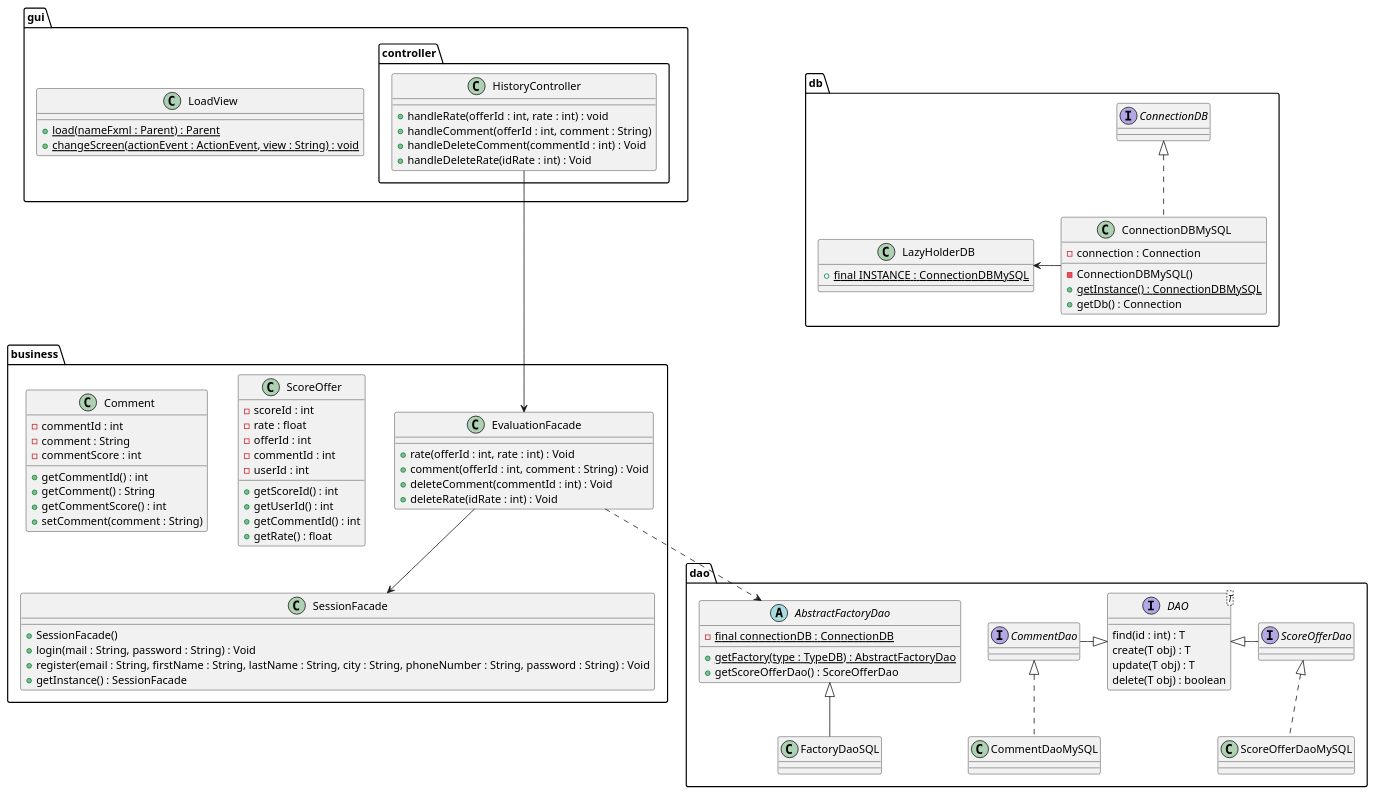
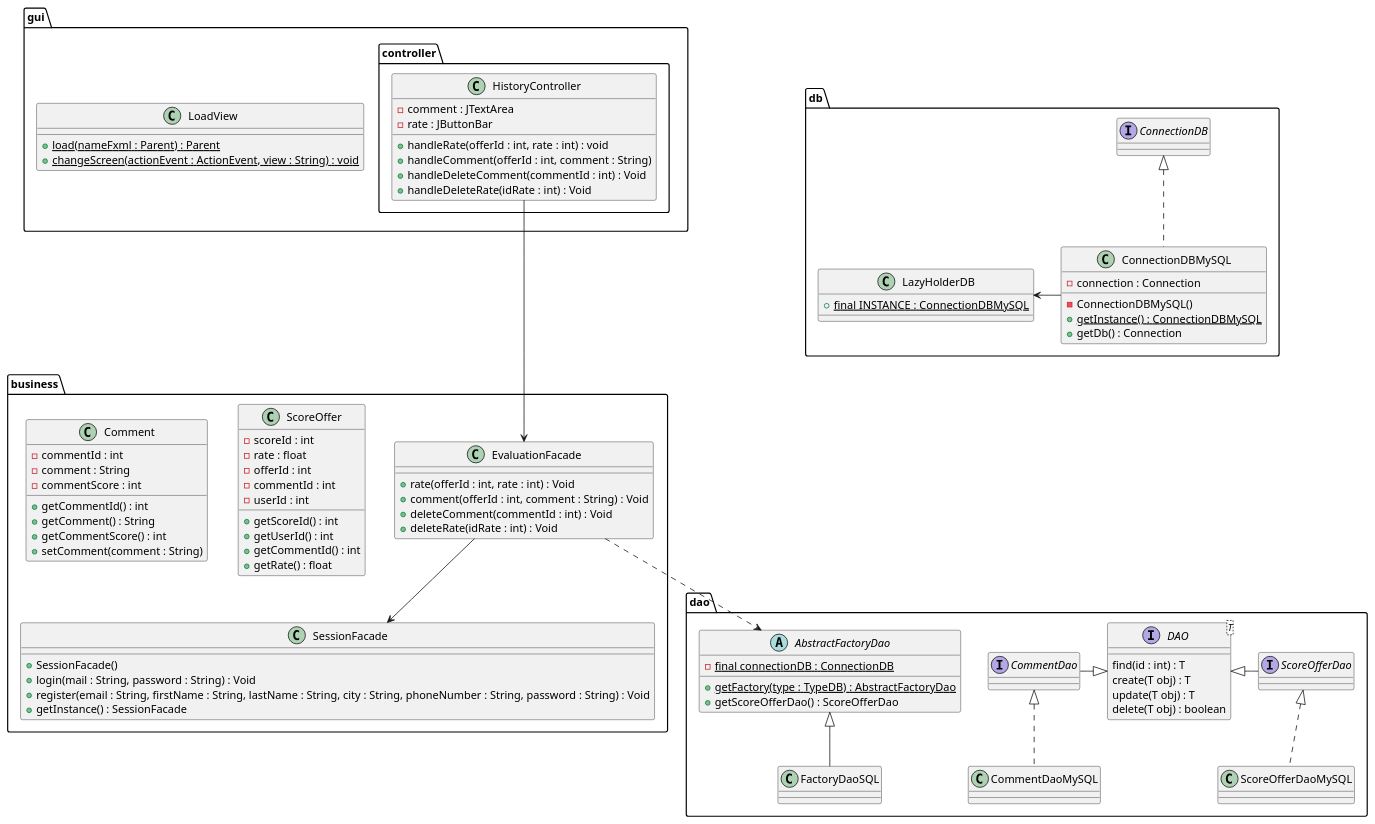
The diagram in documents/diagram/evaluation/evaluationClass.puml (LaunoisRemy/ToolShare), drawn with PlantUML before and after one commit.

Commit message:
UML : Change evaluationClass

```diff
--- a/documents/diagram/evaluation/evaluationClass.puml
+++ b/documents/diagram/evaluation/evaluationClass.puml
@@ -1,112 +1,114 @@
 @startuml
 
 package dao {
 
 
     interface ScoreOfferDao{
     }
     class ScoreOfferDaoMySQL
     interface CommentDao{
     }
     class CommentDaoMySQL
 
     AbstractFactoryDao <|-- FactoryDaoSQL
     ScoreOfferDao <|.. ScoreOfferDaoMySQL
     CommentDao <|.. CommentDaoMySQL
 
     interface DAO<T>{
         find(id : int) : T
         create(T obj) : T
         update(T obj) : T
         delete(T obj) : boolean
     }
 
     abstract AbstractFactoryDao{
         - {static} final connectionDB : ConnectionDB
         + {static} getFactory(type : TypeDB) : AbstractFactoryDao
         + getScoreOfferDao() : ScoreOfferDao
     }
 
     class FactoryDaoSQL{
     }
 
     DAO <|- ScoreOfferDao
     DAO <|-left CommentDao
 }
 package db{
     class ConnectionDBMySQL{
         - connection : Connection
         - ConnectionDBMySQL()
         + {static} getInstance() : ConnectionDBMySQL
         + getDb() : Connection
     }
 
     class LazyHolderDB{
         + {static} final INSTANCE : ConnectionDBMySQL
     }
     interface ConnectionDB
     ConnectionDBMySQL -Left-> LazyHolderDB
     ConnectionDBMySQL .up.|> ConnectionDB
 
 }
 package business{
     class SessionFacade{
         + SessionFacade()
         + login(mail : String, password : String) : Void
         + register(email : String, firstName : String, lastName : String, city : String, phoneNumber : String, password : String) : Void
         + getInstance() : SessionFacade
     }
 
     class EvaluationFacade{
         + rate(offerId : int, rate : int) : Void
         + comment(offerId : int, comment : String) : Void
         + deleteComment(commentId : int) : Void
         + deleteRate(idRate : int) : Void
     }
     class ScoreOffer{
         - scoreId : int
         - rate : float
         - offerId : int
         - commentId : int
         - userId : int
         + getScoreId() : int
         + getUserId() : int
         + getCommentId() : int
         + getRate() : float
     }
 
     class Comment{
     - commentId : int
     - comment : String
     - commentScore : int
     + getCommentId() : int
     + getComment() : String
     + getCommentScore() : int
     + setComment(comment : String)
     }
 }
 
 package gui{
 
     class LoadView{
         + {static} load(nameFxml : Parent) : Parent
         + {static} changeScreen(actionEvent : ActionEvent, view : String) : void
     }
 
     package controller{
         class HistoryController{
+            - comment : JTextArea
+            - rate : JButtonBar
             + handleRate(offerId : int, rate : int) : void
             + handleComment(offerId : int, comment : String)
             + handleDeleteComment(commentId : int) : Void
             + handleDeleteRate(idRate : int) : Void
         }
 
     }
 }
 EvaluationFacade <--Up- HistoryController
 EvaluationFacade --> SessionFacade
 EvaluationFacade ..> AbstractFactoryDao
 
 
 
 @enduml
```
